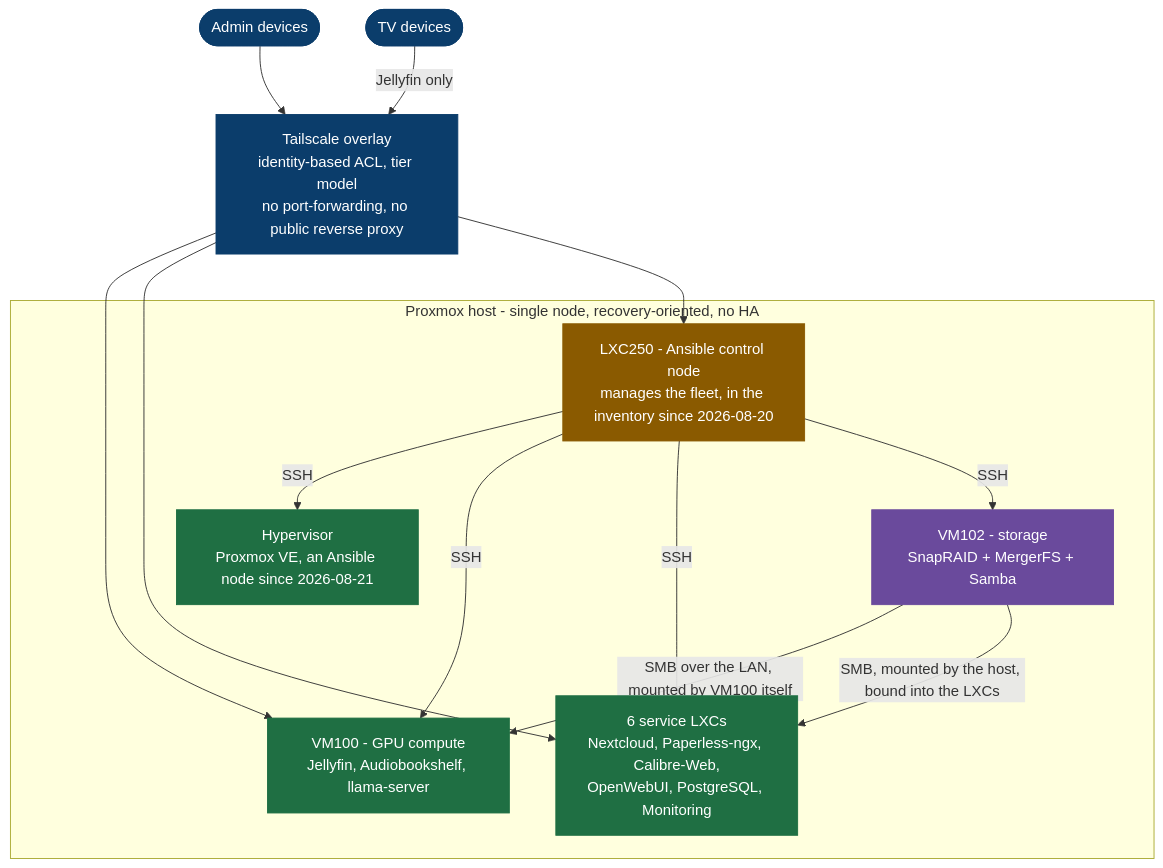
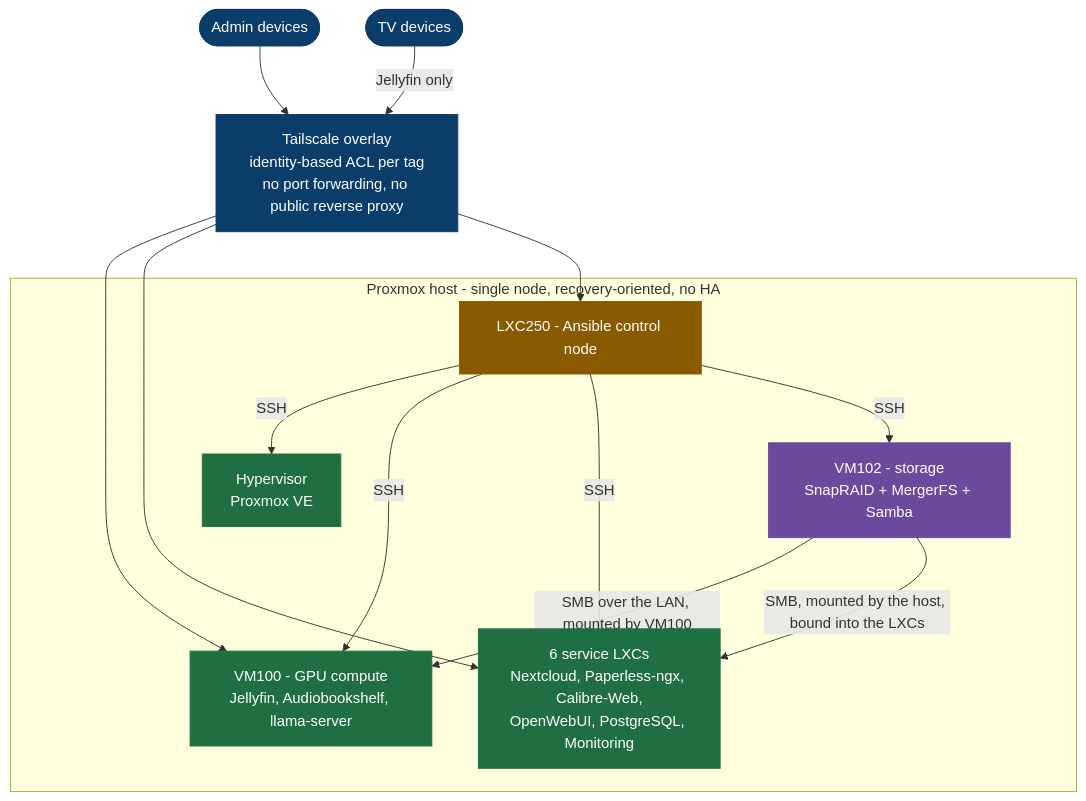
One commit to NicolasPogorzelski/homelab-server-architecture changed the diagram in README.md. Above: the diagram before and after it, drawn with Mermaid. The commit also changed other lines of this file, not shown here.

````diff
--- a/README.md
+++ b/README.md
@@ -18,36 +31,36 @@
 ```mermaid
 flowchart TB
   Admin(["Admin devices"])
   TVs(["TV devices"])
 
-  TS["Tailscale overlay<br/>identity-based ACL, tier model<br/>no port-forwarding, no public reverse proxy"]
+  TS["Tailscale overlay<br/>identity-based ACL per tag<br/>no port forwarding, no public reverse proxy"]
 
   subgraph host["Proxmox host - single node, recovery-oriented, no HA"]
-    PVE["Hypervisor<br/>Proxmox VE, an Ansible node since 2026-08-21"]
+    PVE["Hypervisor<br/>Proxmox VE"]
     VM100["VM100 - GPU compute<br/>Jellyfin, Audiobookshelf, llama-server"]
     LXC["6 service LXCs<br/>Nextcloud, Paperless-ngx, Calibre-Web,<br/>OpenWebUI, PostgreSQL, Monitoring"]
-    CTRL["LXC250 - Ansible control node<br/>manages the fleet, in the inventory since 2026-08-20"]
+    CTRL["LXC250 - Ansible control node"]
     VM102["VM102 - storage<br/>SnapRAID + MergerFS + Samba"]
   end
 
   Admin --> TS
   TVs -->|Jellyfin only| TS
   TS --> VM100
   TS --> LXC
   TS --> CTRL
   CTRL -->|SSH| PVE
   CTRL -->|SSH| VM100
   CTRL -->|SSH| LXC
   CTRL -->|SSH| VM102
-  VM102 -->|SMB over the LAN, mounted by VM100 itself| VM100
+  VM102 -->|SMB over the LAN, mounted by VM100| VM100
   VM102 -->|SMB, mounted by the host, bound into the LXCs| LXC
 
   classDef access fill:#0b3d6b,stroke:#0b3d6b,color:#ffffff
   classDef compute fill:#1f6f43,stroke:#1f6f43,color:#ffffff
   classDef storage fill:#6a4a9c,stroke:#6a4a9c,color:#ffffff
   classDef control fill:#8a5a00,stroke:#8a5a00,color:#ffffff
   class TS,Admin,TVs access
   class PVE,VM100,LXC compute
   class VM102 storage
   class CTRL control
 ```
````
